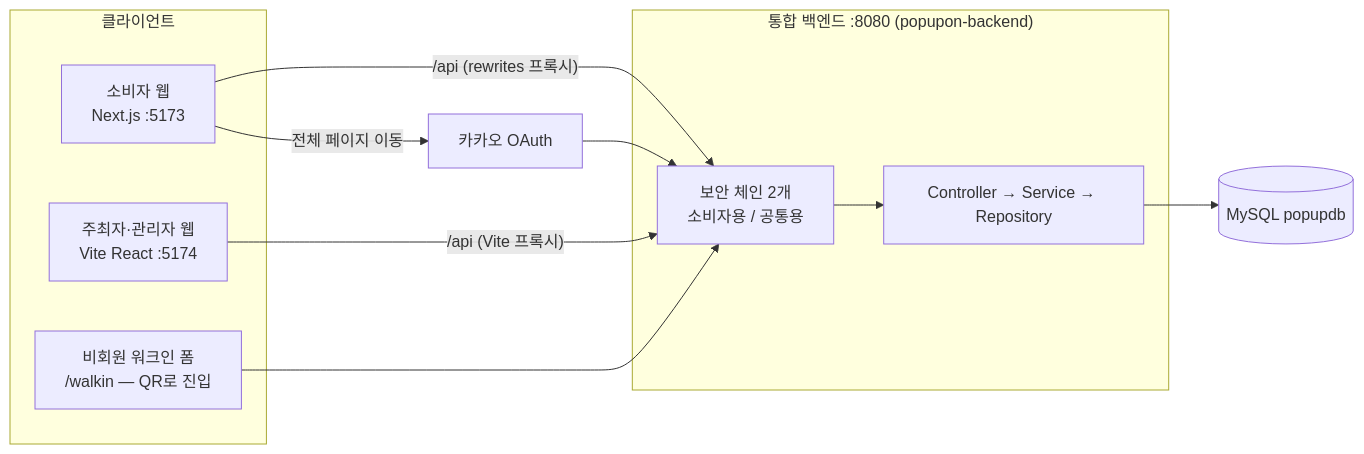
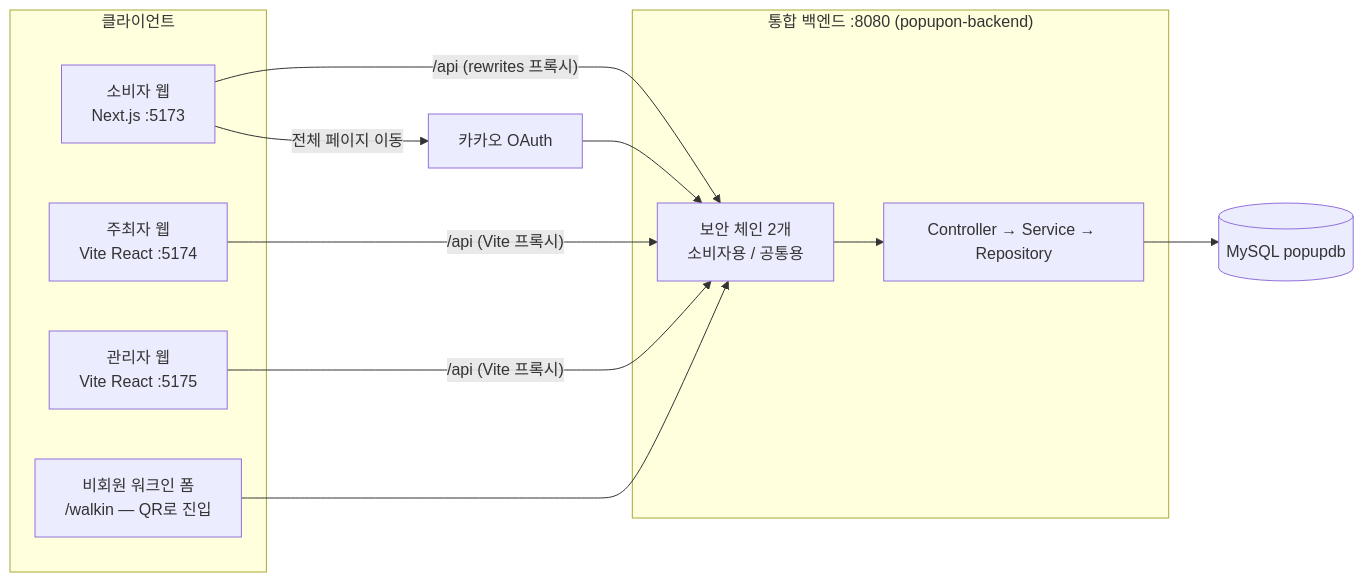
One commit to dmsdn/popon changed the first of 2 diagrams in PROJECT-OVERVIEW.md. Above: the diagram before and after it, drawn with Mermaid. The commit also changed other lines of this file and 93 other files, not shown here.

````diff
--- a/PROJECT-OVERVIEW.md
+++ b/PROJECT-OVERVIEW.md
@@ -34,20 +35,22 @@
 ```mermaid
 flowchart LR
     subgraph 클라이언트
         C[소비자 웹\nNext.js :5173]
-        S[주최자·관리자 웹\nVite React :5174]
+        S[주최자 웹\nVite React :5174]
+        A[관리자 웹\nVite React :5175]
         W[비회원 워크인 폼\n/walkin — QR로 진입]
     end
     subgraph 서버["통합 백엔드 :8080 (popupon-backend)"]
         SEC[보안 체인 2개\n소비자용 / 공통용]
         CTRL[Controller → Service → Repository]
     end
     DB[(MySQL popupdb)]
     KAKAO[카카오 OAuth]
 
     C -- "/api (rewrites 프록시)" --> SEC
     S -- "/api (Vite 프록시)" --> SEC
+    A -- "/api (Vite 프록시)" --> SEC
     W --> SEC
     SEC --> CTRL --> DB
     C -- 전체 페이지 이동 --> KAKAO --> SEC
 ```
````
